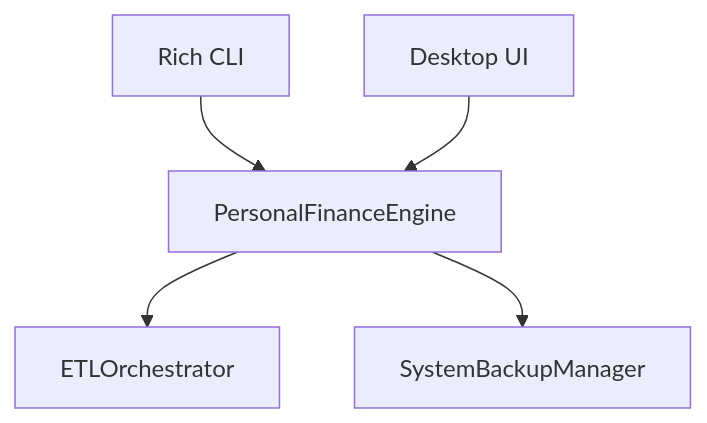
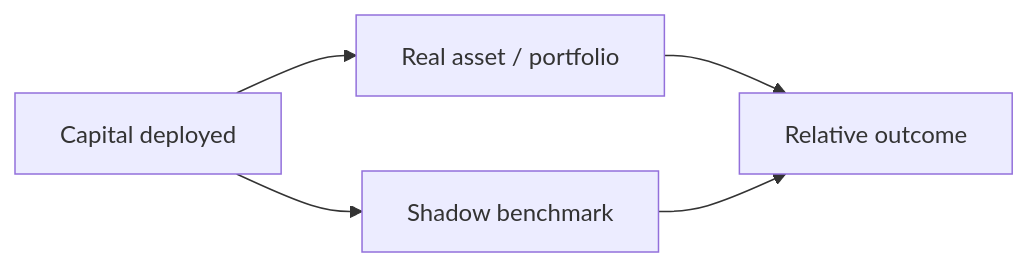
One commit to tks18/personal-finance-etl changed diagram 15 of 31 in README.md. Above: the diagram before and after it, drawn with Mermaid. The commit also changed other lines of this file, not shown here.

````diff
--- a/README.md
+++ b/README.md
@@ -580,7 +538,7 @@
 ```mermaid
-flowchart TB
-    CLI["Rich CLI"] --> ENG["PersonalFinanceEngine"]
-    GUI["Desktop UI"] --> ENG
-    ENG --> PIPE["ETLOrchestrator"]
-    ENG --> BACK["SystemBackupManager"]
+flowchart LR
+    CASH["Capital deployed"] --> REAL["Real asset / portfolio"]
+    CASH --> BM["Shadow benchmark"]
+    REAL --> COMP["Relative outcome"]
+    BM --> COMP
 ```
````
